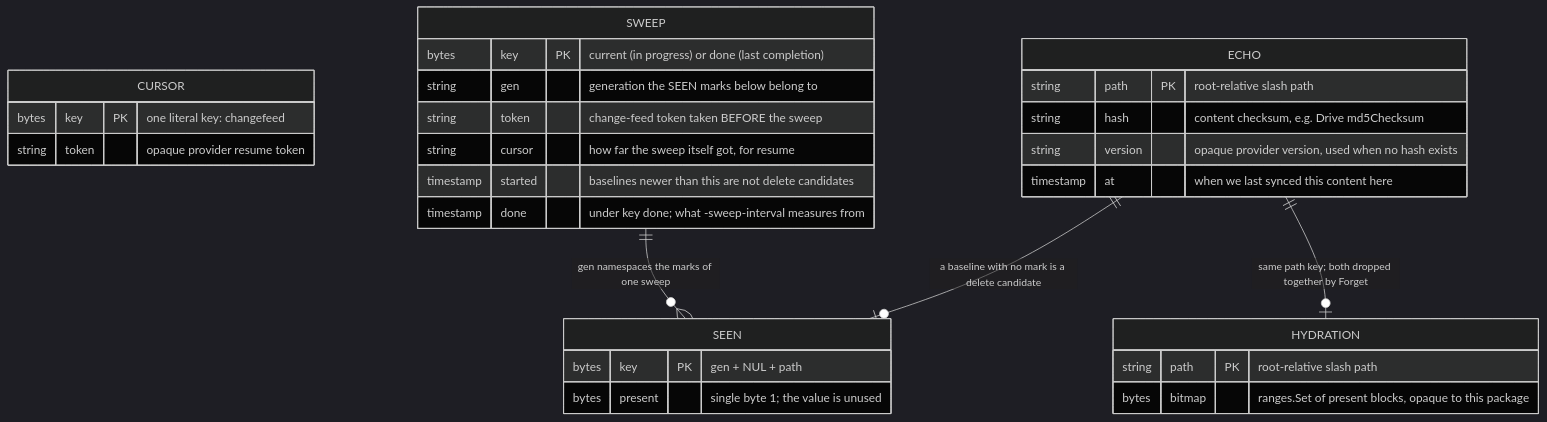
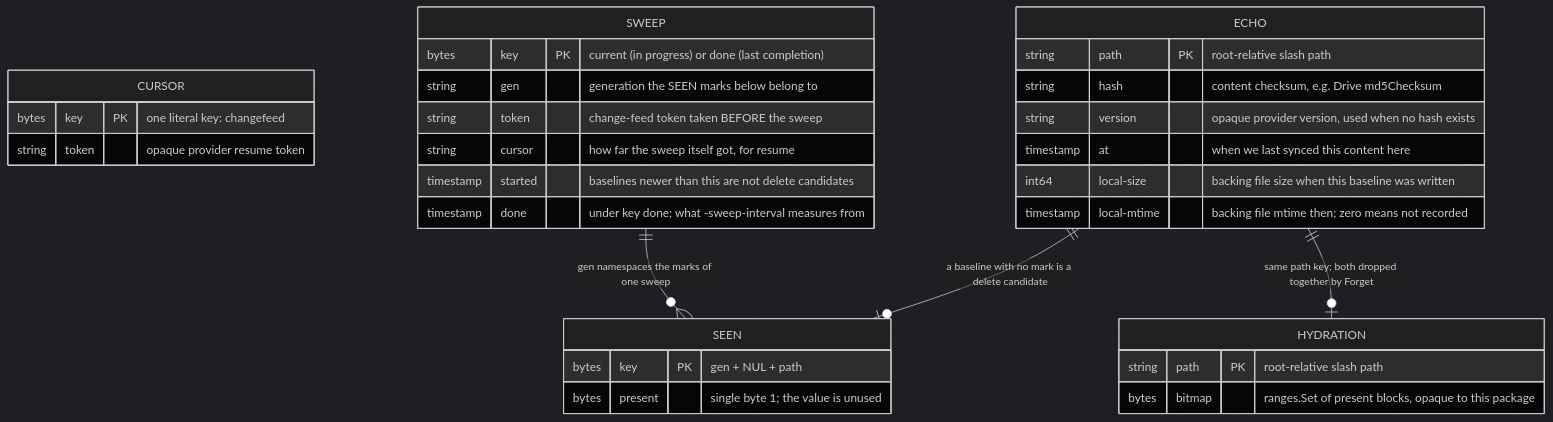
Before and after one commit to syshlted/drivel: the first of 3 diagrams in docs/dev/schema.md, drawn with Mermaid (dark theme). The commit also changed other lines of this file and 41 other files, not shown here.

````diff
--- a/docs/dev/schema.md
+++ b/docs/dev/schema.md
@@ -25,33 +25,35 @@
 ```mermaid
 erDiagram
     CURSOR {
         bytes key PK "one literal key: changefeed"
         string token "opaque provider resume token"
     }
     ECHO {
         string path PK "root-relative slash path"
         string hash "content checksum, e.g. Drive md5Checksum"
         string version "opaque provider version, used when no hash exists"
         timestamp at "when we last synced this content here"
+        int64 local-size "backing file size when this baseline was written"
+        timestamp local-mtime "backing file mtime then; zero means not recorded"
     }
     HYDRATION {
         string path PK "root-relative slash path"
         bytes bitmap "ranges.Set of present blocks, opaque to this package"
     }
     SWEEP {
         bytes key PK "current (in progress) or done (last completion)"
         string gen "generation the SEEN marks below belong to"
         string token "change-feed token taken BEFORE the sweep"
         string cursor "how far the sweep itself got, for resume"
         timestamp started "baselines newer than this are not delete candidates"
         timestamp done "under key done; what -sweep-interval measures from"
     }
     SEEN {
         bytes key PK "gen + NUL + path"
         bytes present "single byte 1; the value is unused"
     }
 
     SWEEP ||--o{ SEEN : "gen namespaces the marks of one sweep"
     ECHO ||--o| SEEN : "a baseline with no mark is a delete candidate"
     ECHO ||--o| HYDRATION : "same path key; both dropped together by Forget"
 ```
````
